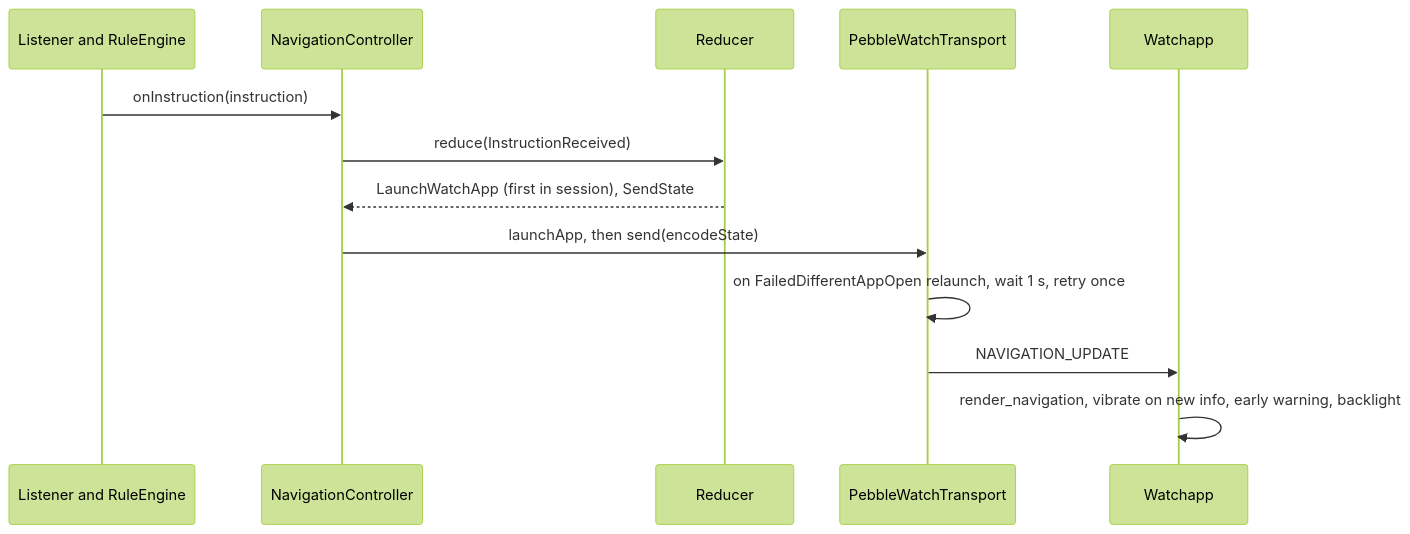
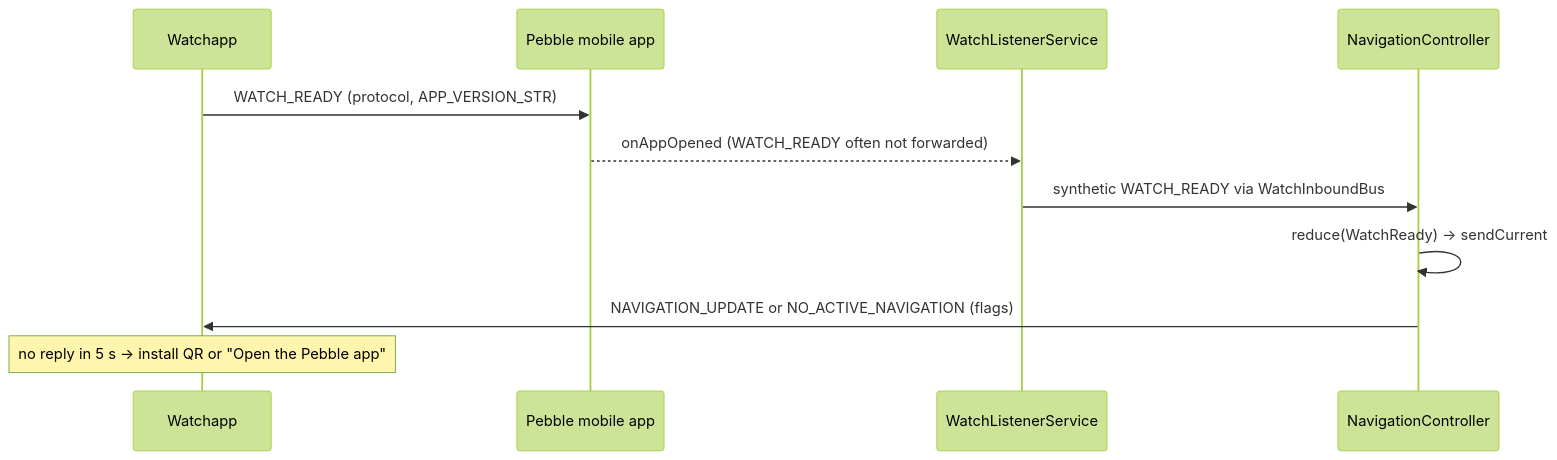
The third of 4 diagrams in aidlc/spaces/default/codekb/PebbleNTN/architecture.md (optio/PebbleNTN), drawn with Mermaid (forest theme) before and after one commit. The commit also changed other lines of this file and 68 other files, not shown here.

````diff
--- a/aidlc/spaces/default/codekb/PebbleNTN/architecture.md
+++ b/aidlc/spaces/default/codekb/PebbleNTN/architecture.md
@@ -93,15 +105,13 @@
 ```mermaid
 sequenceDiagram
-  participant S as Listener and RuleEngine
-  participant N as NavigationController
-  participant R as Reducer
-  participant T as PebbleWatchTransport
   participant W as Watchapp
-  S->>N: onInstruction(instruction)
-  N->>R: reduce(InstructionReceived)
-  R-->>N: LaunchWatchApp (first in session), SendState
-  N->>T: launchApp, then send(encodeState)
-  T->>T: on FailedDifferentAppOpen relaunch, wait 1 s, retry once
-  T->>W: NAVIGATION_UPDATE
-  W->>W: render_navigation, vibrate on new info, early warning, backlight
+  participant PK as Pebble mobile app
+  participant S as WatchListenerService
+  participant C as NavigationController
+  W->>PK: WATCH_READY (protocol, APP_VERSION_STR)
+  PK-->>S: onAppOpened (WATCH_READY often not forwarded)
+  S->>C: synthetic WATCH_READY via WatchInboundBus
+  C->>C: reduce(WatchReady) -> sendCurrent
+  C->>W: NAVIGATION_UPDATE or NO_ACTIVE_NAVIGATION (flags)
+  Note over W: no reply in 5 s -> install QR or "Open the Pebble app"
 ```
````
